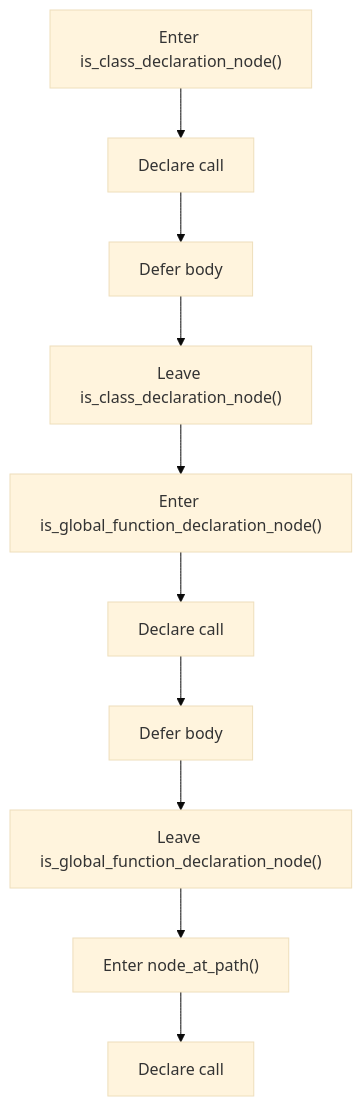
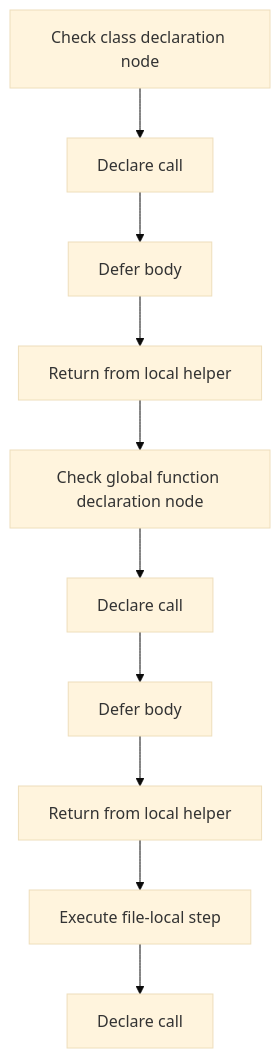
The eighth of 8 diagrams in docs/Codebase/Microservice/Modules/Header/SyntacticBrokenAST/Trees/Actual/Internal/Flow/parse_tree_internal_program_flow_01.hpp.md (JohnAndrewBalbarosa/NeoTerritory), drawn with Mermaid (base theme) before and after one commit. The commit also changed other lines of this file and 925 other files, not shown here.

````diff
--- a/docs/Codebase/Microservice/Modules/Header/SyntacticBrokenAST/Trees/Actual/Internal/Flow/parse_tree_internal_program_flow_01.hpp.md
+++ b/docs/Codebase/Microservice/Modules/Header/SyntacticBrokenAST/Trees/Actual/Internal/Flow/parse_tree_internal_program_flow_01.hpp.md
@@ -197,22 +197,22 @@
 ```mermaid
 flowchart TD
-    N0["Enter is_class_declaration_node()"]
+    N0["Check class declaration node"]
     N1["Declare call"]
     N2["Defer body"]
-    N3["Leave is_class_declaration_node()"]
-    N4["Enter is_global_function_declaration_node()"]
+    N3["Return from local helper"]
+    N4["Check global function declaration node"]
     N5["Declare call"]
     N6["Defer body"]
-    N7["Leave is_global_function_declaration_node()"]
-    N8["Enter node_at_path()"]
+    N7["Return from local helper"]
+    N8["Execute file-local step"]
     N9["Declare call"]
     N0 --> N1
     N1 --> N2
     N2 --> N3
     N3 --> N4
     N4 --> N5
     N5 --> N6
     N6 --> N7
     N7 --> N8
     N8 --> N9
 ```
````
